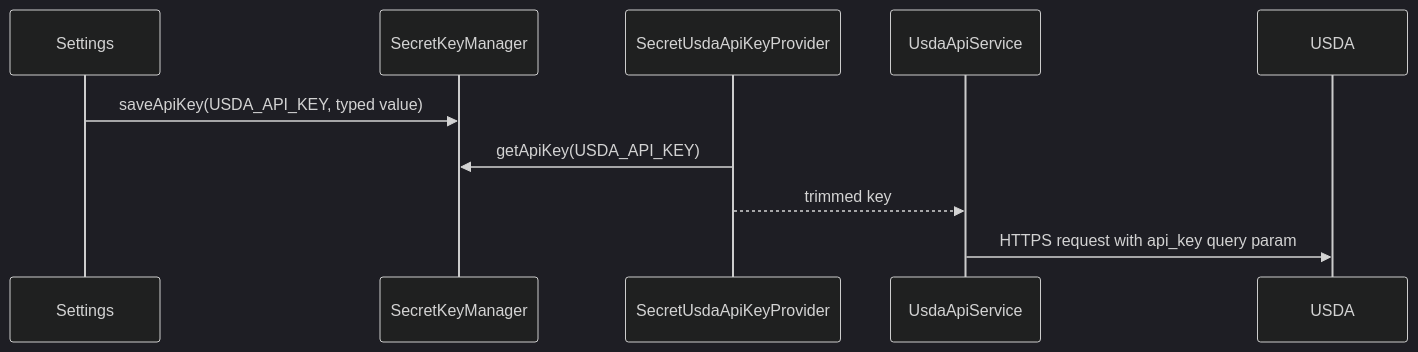
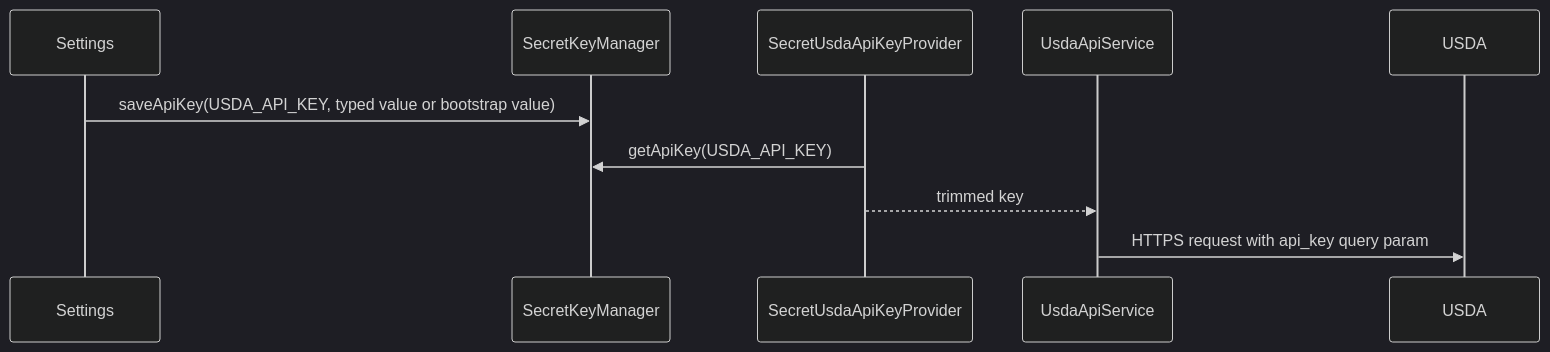
The first of 3 diagrams in documentation/05-usda-networking.md (benevolentbandwidth/ultraprocessed), drawn with Mermaid (dark theme) before and after one commit. The commit also changed other lines of this file and 127 other files, not shown here.

````diff
--- a/documentation/05-usda-networking.md
+++ b/documentation/05-usda-networking.md
@@ -18,13 +20,13 @@
 ```mermaid
 sequenceDiagram
     participant Settings
     participant Secrets as SecretKeyManager
     participant Provider as SecretUsdaApiKeyProvider
     participant Service as UsdaApiService
     participant USDA
 
-    Settings->>Secrets: saveApiKey(USDA_API_KEY, typed value)
+    Settings->>Secrets: saveApiKey(USDA_API_KEY, typed value or bootstrap value)
     Provider->>Secrets: getApiKey(USDA_API_KEY)
     Provider-->>Service: trimmed key
     Service->>USDA: HTTPS request with api_key query param
 ```
````
